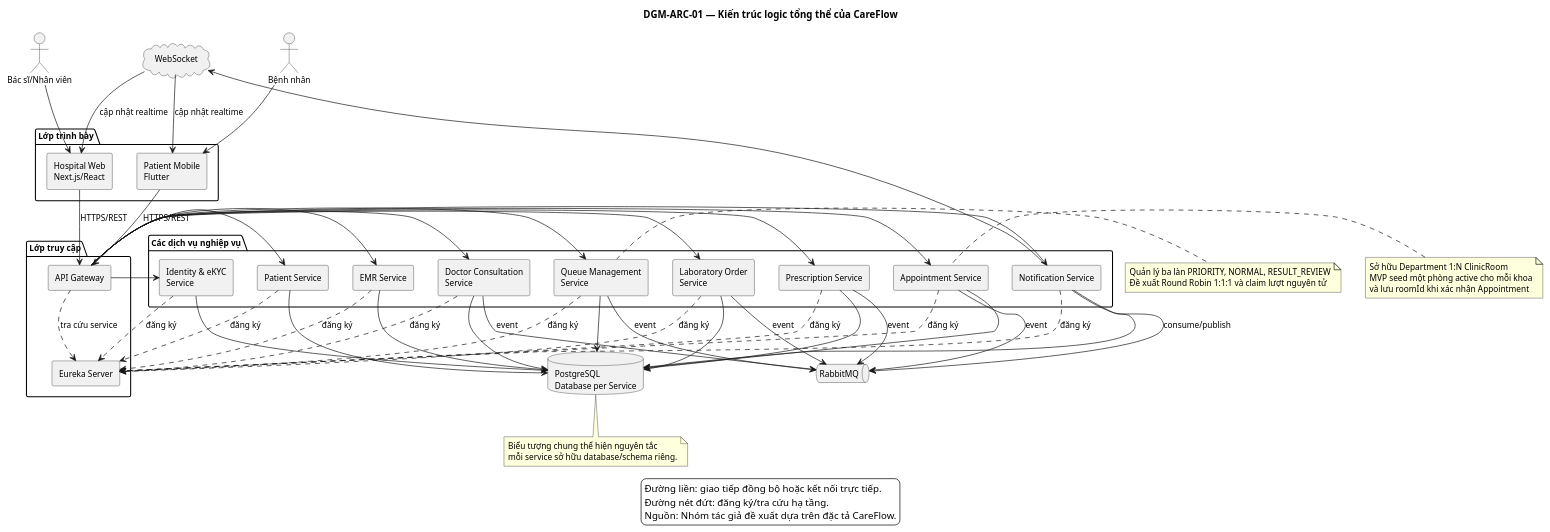
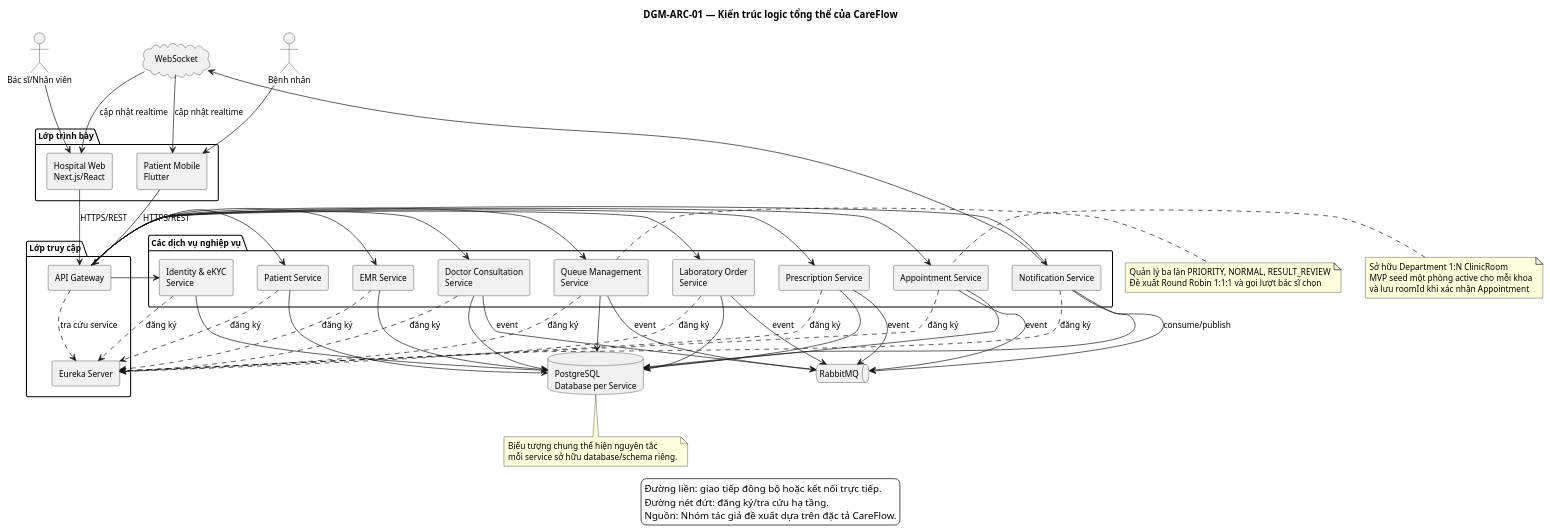
The diagram in docs/report/chapter-03/diagrams/architecture/dgm-arc-01-logical.puml (ntkhai268/careflow), drawn with PlantUML before and after one commit. The commit also changed 17 other files, not shown here.

```diff
--- a/docs/report/chapter-03/diagrams/architecture/dgm-arc-01-logical.puml
+++ b/docs/report/chapter-03/diagrams/architecture/dgm-arc-01-logical.puml
@@ -1,105 +1,105 @@
 @startuml
 title DGM-ARC-01 — Kiến trúc logic tổng thể của CareFlow
 
 skinparam backgroundColor white
 skinparam shadowing false
 skinparam defaultFontName Arial
 skinparam defaultFontSize 12
 skinparam componentStyle rectangle
 
 actor "Bệnh nhân" as Patient
 actor "Bác sĩ/Nhân viên" as Staff
 
 package "Lớp trình bày" {
   [Patient Mobile\nFlutter] as Mobile
   [Hospital Web\nNext.js/React] as Web
 }
 
 package "Lớp truy cập" {
   [API Gateway] as Gateway
   [Eureka Server] as Eureka
 }
 
 package "Các dịch vụ nghiệp vụ" {
   [Identity & eKYC\nService] as Identity
   [Patient Service] as PatientSvc
   [Appointment Service] as Appointment
   [Queue Management\nService] as Queue
   [Doctor Consultation\nService] as Consultation
   [Laboratory Order\nService] as Lab
   [Prescription Service] as Prescription
   [EMR Service] as EMR
   [Notification Service] as Notification
 }
 
 note right of Queue
   Quản lý ba làn PRIORITY, NORMAL, RESULT_REVIEW
-  Đề xuất Round Robin 1:1:1 và claim lượt nguyên tử
+  Đề xuất Round Robin 1:1:1 và gọi lượt bác sĩ chọn
 end note
 
 note left of Appointment
   Sở hữu Department 1:N ClinicRoom
   MVP seed một phòng active cho mỗi khoa
   và lưu roomId khi xác nhận Appointment
 end note
 
 database "PostgreSQL\nDatabase per Service" as DB
 queue "RabbitMQ" as Rabbit
 cloud "WebSocket" as WS
 
 Patient --> Mobile
 Staff --> Web
 Mobile --> Gateway : HTTPS/REST
 Web --> Gateway : HTTPS/REST
 Gateway --> Identity
 Gateway --> PatientSvc
 Gateway --> Appointment
 Gateway --> Queue
 Gateway --> Consultation
 Gateway --> Lab
 Gateway --> Prescription
 Gateway --> EMR
 Gateway --> Notification
 
 Gateway ..> Eureka : tra cứu service
 Identity ..> Eureka : đăng ký
 PatientSvc ..> Eureka : đăng ký
 Appointment ..> Eureka : đăng ký
 Queue ..> Eureka : đăng ký
 Consultation ..> Eureka : đăng ký
 Lab ..> Eureka : đăng ký
 Prescription ..> Eureka : đăng ký
 EMR ..> Eureka : đăng ký
 Notification ..> Eureka : đăng ký
 
 Identity --> DB
 PatientSvc --> DB
 Appointment --> DB
 Queue --> DB
 Consultation --> DB
 Lab --> DB
 Prescription --> DB
 EMR --> DB
 Notification --> DB
 
 Appointment --> Rabbit : event
 Queue --> Rabbit : event
 Consultation --> Rabbit : event
 Lab --> Rabbit : event
 Prescription --> Rabbit : event
 Notification --> Rabbit : consume/publish
 Notification --> WS
 WS --> Mobile : cập nhật realtime
 WS --> Web : cập nhật realtime
 
 note bottom of DB
   Biểu tượng chung thể hiện nguyên tắc
   mỗi service sở hữu database/schema riêng.
 end note
 
 legend bottom
   Đường liền: giao tiếp đồng bộ hoặc kết nối trực tiếp.
   Đường nét đứt: đăng ký/tra cứu hạ tầng.
   Nguồn: Nhóm tác giả đề xuất dựa trên đặc tả CareFlow.
 endlegend
 @enduml
```
